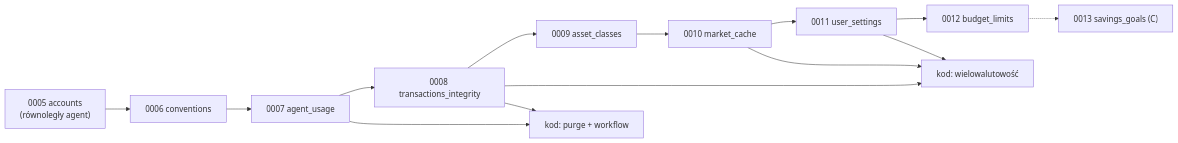
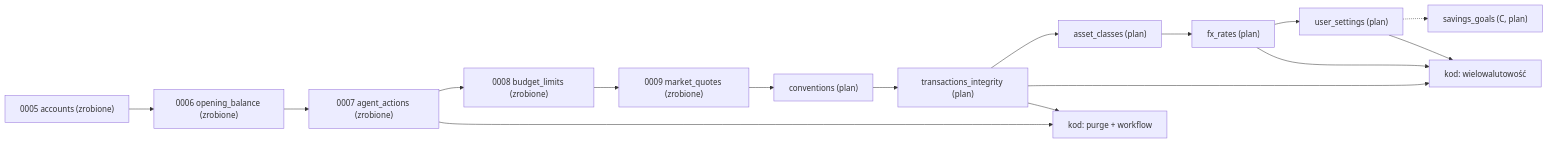
The second of 2 diagrams in docs/data-model.md (krzysztof-wojtowicz/coffer-demo), drawn with Mermaid before and after one commit. The commit also changed other lines of this file and 216 other files, not shown here.

````diff
--- a/docs/data-model.md
+++ b/docs/data-model.md
@@ -412,16 +441,18 @@
 ```mermaid
 flowchart LR
-    m5["0005 accounts<br/>(równoległy agent)"] --> m6["0006 conventions"]
-    m6 --> m7["0007 agent_usage"]
-    m7 --> m8["0008 transactions_integrity"]
-    m8 --> m9["0009 asset_classes"]
-    m9 --> m10["0010 market_cache"]
-    m10 --> m11["0011 user_settings"]
-    m11 --> m12["0012 budget_limits"]
-    m12 -.-> m13["0013 savings_goals (C)"]
-    m8 --> fx["kod: wielowalutowość"]
-    m10 --> fx
-    m11 --> fx
+    m5["0005 accounts (zrobione)"] --> m6["0006 opening_balance (zrobione)"]
+    m6 --> m7["0007 agent_actions (zrobione)"]
+    m7 --> m8["0008 budget_limits (zrobione)"]
+    m8 --> m9["0009 market_quotes (zrobione)"]
+    m9 --> conv["conventions (plan)"]
+    conv --> ti["transactions_integrity (plan)"]
+    ti --> ac["asset_classes (plan)"]
+    ac --> fxr["fx_rates (plan)"]
+    fxr --> us["user_settings (plan)"]
+    us -.-> sg["savings_goals (C, plan)"]
+    ti --> fx["kod: wielowalutowość"]
+    fxr --> fx
+    us --> fx
     m7 --> purge["kod: purge + workflow"]
-    m8 --> purge
+    ti --> purge
 ```
````
